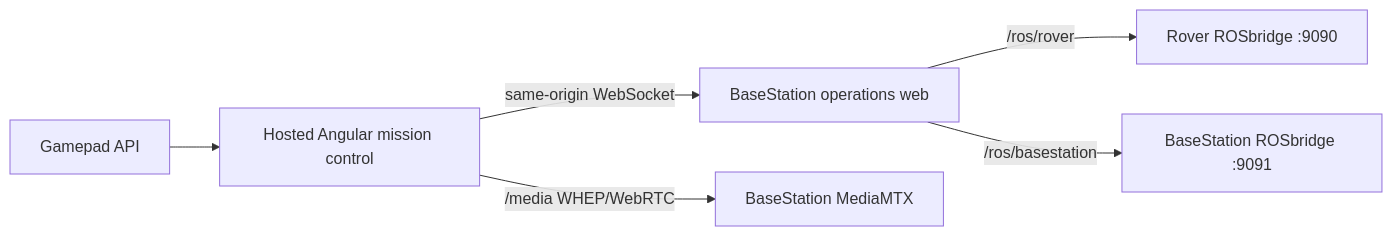
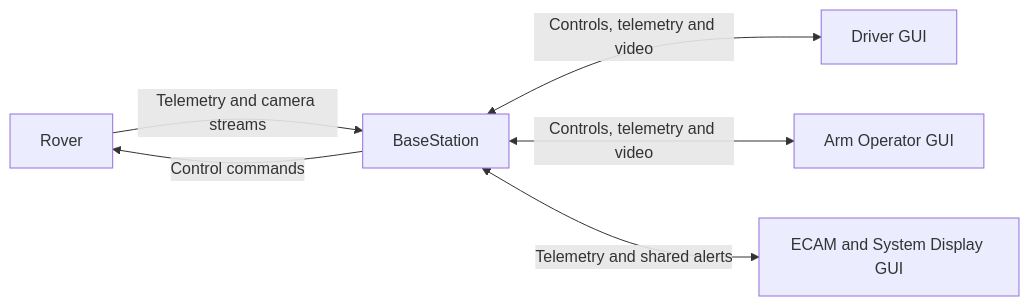
One commit to deakin-robotics/Chasmata-2027 changed the diagram in gui/README.md. Above: the diagram before and after it, drawn with Mermaid. The commit also changed other lines of this file and 1 other file, not shown here.

Commit message:
Update system and camera stream diagrams

````diff
--- a/gui/README.md
+++ b/gui/README.md
@@ -62,8 +62,8 @@
 ```mermaid
 flowchart LR
-    gamepad[Gamepad API] --> gui[Angular mission control]
-    gui[Hosted Angular mission control] -->|same-origin WebSocket| proxy[BaseStation operations web]
-    proxy -->|/ros/rover| rover[ Rover ROSbridge :9090]
-    proxy -->|/ros/basestation| base[BaseStation ROSbridge :9091]
-    gui -->|/media WHEP/WebRTC| streams[BaseStation MediaMTX]
+    rover[Rover] -->|Telemetry and camera streams| base[BaseStation]
+    base -->|Control commands| rover
+    base <-->|Controls, telemetry and video| driver[Driver GUI]
+    base <-->|Controls, telemetry and video| arm[Arm Operator GUI]
+    base <-->|Telemetry and shared alerts| ecam[ECAM and System Display GUI]
 ```
````
